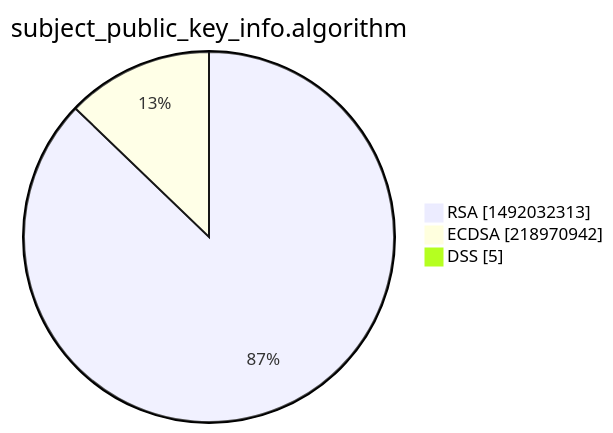
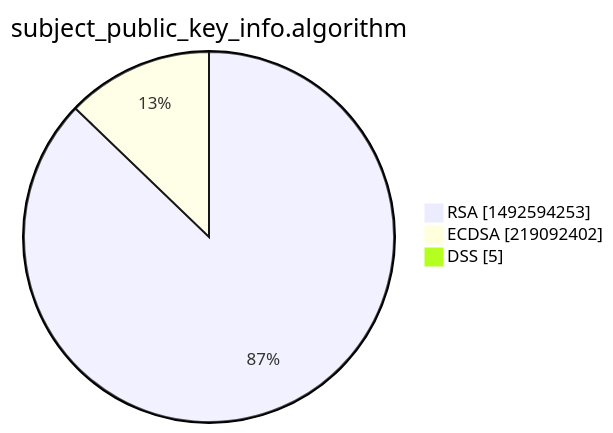
The third of 15 diagrams in xenon2022/README.md (christiankrug/ctmonitor_visualization), drawn with Mermaid before and after one commit. The commit also changed other lines of this file, not shown here.

````diff
--- a/xenon2022/README.md
+++ b/xenon2022/README.md
@@ -14,7 +14,7 @@
 ```mermaid
 pie showData
 title subject_public_key_info.algorithm
-"RSA" :1492032313
-"ECDSA" :218970942
+"RSA" :1492594253
+"ECDSA" :219092402
 "DSS" :5
 ```
````
